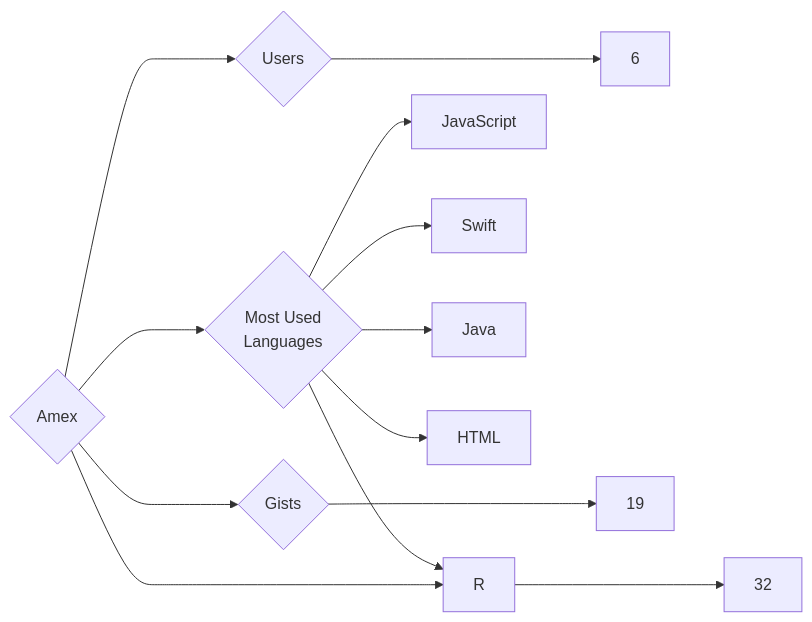
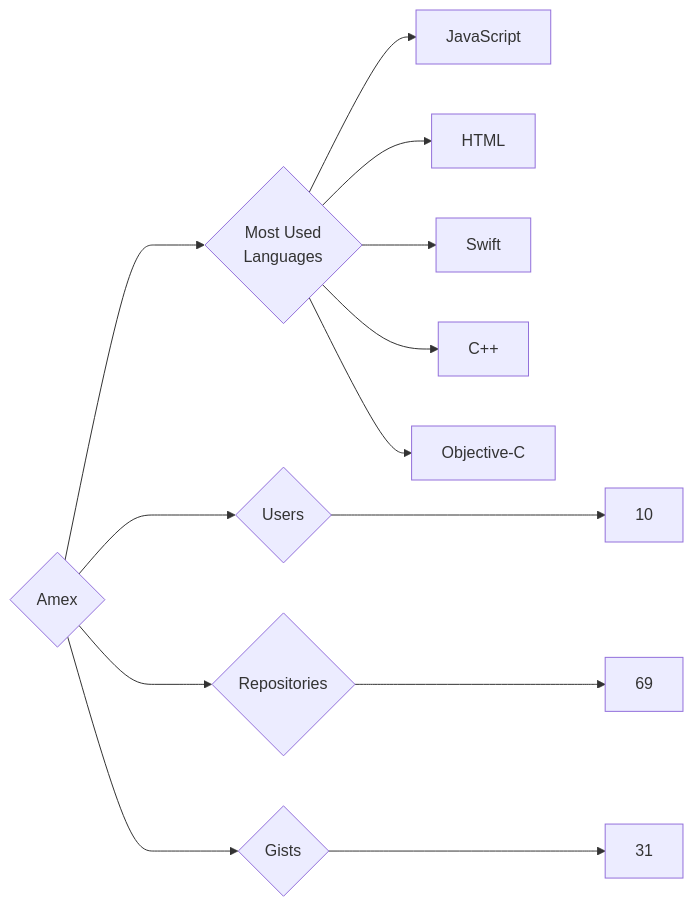
The diagram in targets/Amex/README.md (trickest/insiders), drawn with Mermaid before and after one commit. The commit also changed 912 other files, not shown here.

````diff
--- a/targets/Amex/README.md
+++ b/targets/Amex/README.md
@@ -3,13 +3,13 @@
 ```mermaid
 graph LR
 COMPANY_NAME{Amex}
-COMPANY_NAME ---> U{Users} ---> UN[6]
-COMPANY_NAME ---> R{Repositories} ---> RN[32]
-COMPANY_NAME ---> G{Gists} ---> GN[19]
+COMPANY_NAME ---> U{Users} ---> UN[10]
+COMPANY_NAME ---> R{Repositories} ---> RN[69]
+COMPANY_NAME ---> G{Gists} ---> GN[31]
 COMPANY_NAME ---> ML{Most Used<br>Languages}
 ML --> JavaScript[JavaScript]
+ML --> HTML[HTML]
 ML --> Swift[Swift]
-ML --> Java[Java]
-ML --> HTML[HTML]
-ML --> R[R]
+ML --> C++[C++]
+ML --> Objective-C[Objective-C]
 ```
````
